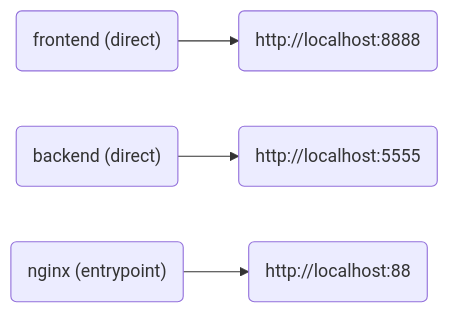
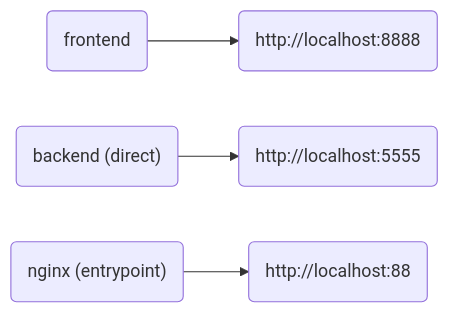
Before and after one commit to chump29/nfld: the diagram in README.md, drawn with Mermaid. The commit also changed 3 other files, not shown here.

````diff
--- a/README.md
+++ b/README.md
@@ -3,12 +3,12 @@
 ```mermaid
 flowchart LR
-frontend@{shape: rounded, label: "frontend (direct)"}
+frontend@{shape: rounded, label: "frontend"}
 frontendPort@{shape: rounded, label: "http://localhost:8888"}
 backend@{shape: rounded, label: "backend (direct)"}
 backendPort@{shape: rounded, label: "http://localhost:5555"}
 nginx@{shape: rounded, label: "nginx (entrypoint)"}
 nginxPort@{shape: rounded, label: "http://localhost:88"}
 frontend-->frontendPort
 backend-->backendPort
 nginx-->nginxPort
 ```
````
